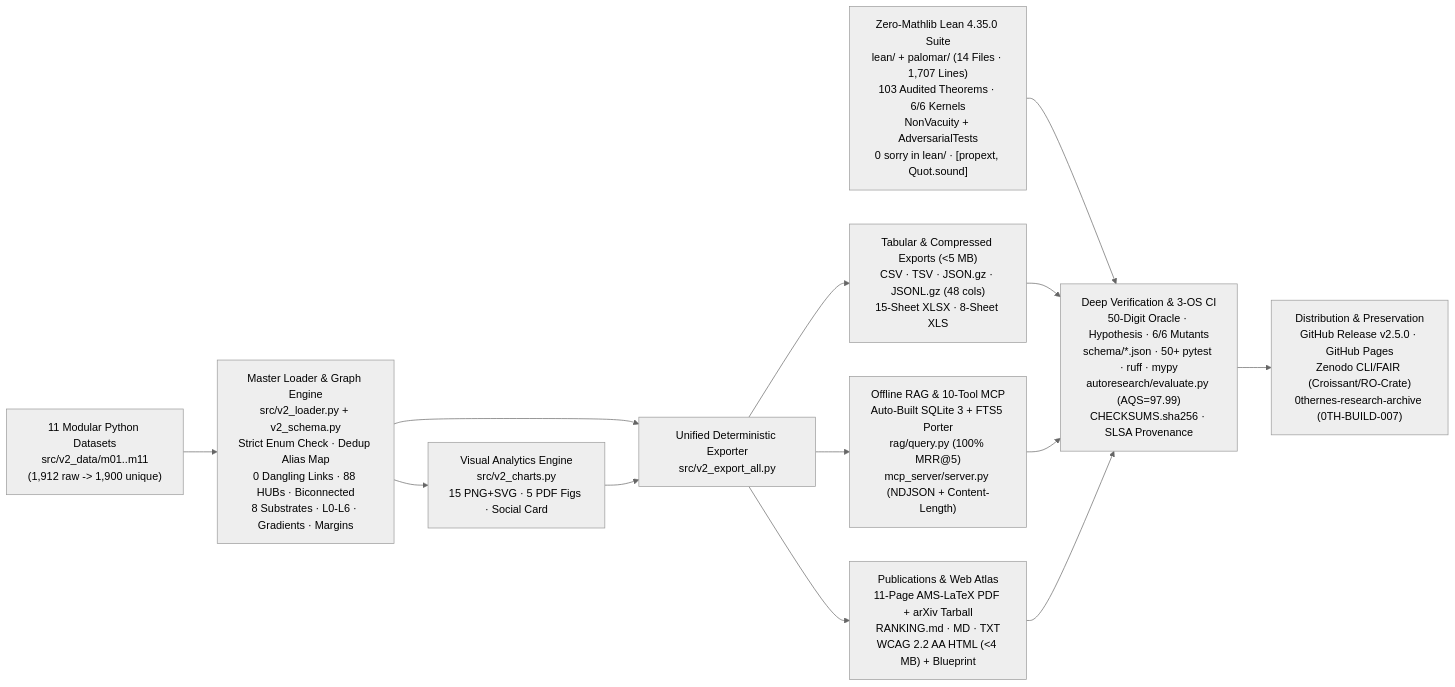
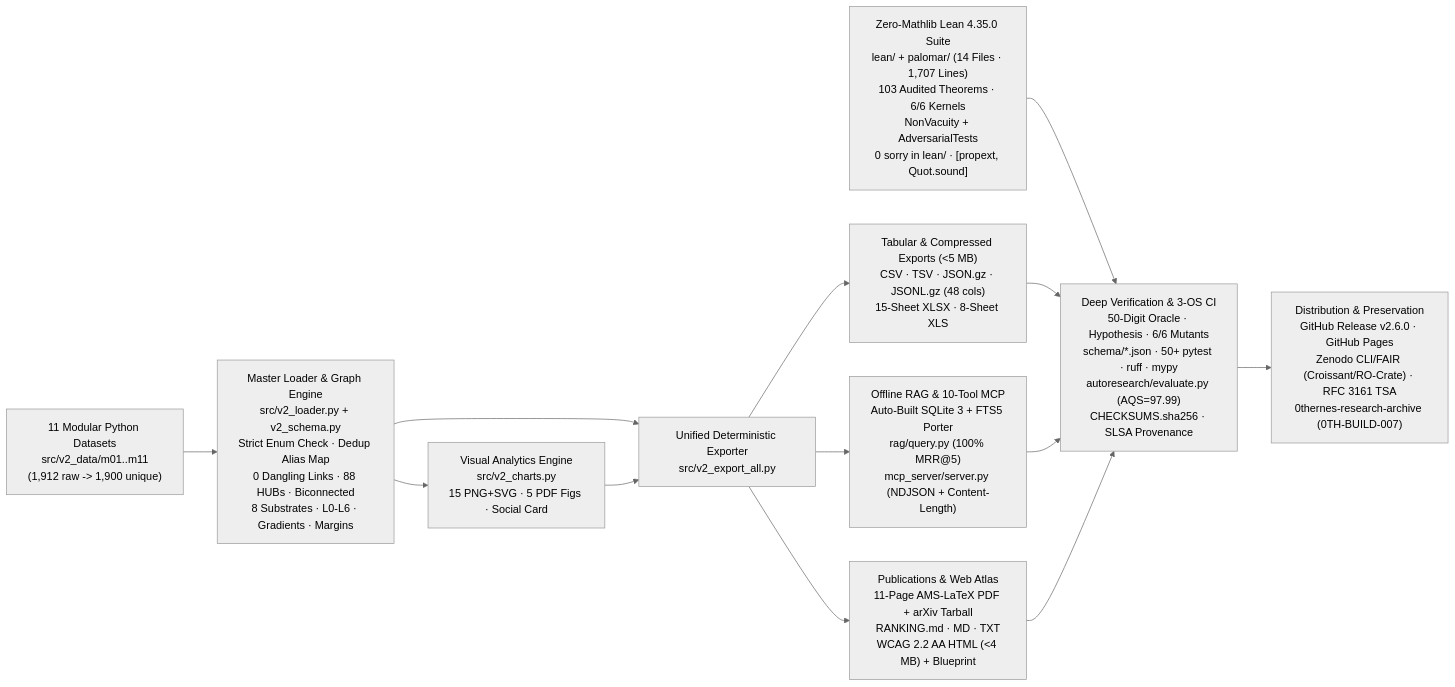
The diagram in ARCHITECTURE.md (0thernes/unsolved-problems-mega-atlas), drawn with Mermaid (neutral theme) before and after one commit. The commit also changed other lines of this file and 117 other files, not shown here.

Commit message:
release: v2.6.0 Round 3 3-cycle hardening, live negative Lean kernel, DigiCert RFC 3161 TSA & 12-entry archive audit

````diff
--- a/ARCHITECTURE.md
+++ b/ARCHITECTURE.md
@@ -5,15 +5,15 @@
 ```mermaid
 flowchart LR
     A["11 Modular Python Datasets\nsrc/v2_data/m01..m11\n(1,912 raw -> 1,900 unique)"] --> B["Master Loader & Graph Engine\nsrc/v2_loader.py + v2_schema.py\nStrict Enum Check · Dedup Alias Map\n0 Dangling Links · 88 HUBs · Biconnected\n8 Substrates · L0-L6 · Gradients · Margins"]
     B --> C["Visual Analytics Engine\nsrc/v2_charts.py\n15 PNG+SVG · 5 PDF Figs · Social Card"]
     B --> D["Unified Deterministic Exporter\nsrc/v2_export_all.py"]
     C --> D
     D --> E1["Tabular & Compressed Exports (<5 MB)\nCSV · TSV · JSON.gz · JSONL.gz (48 cols)\n15-Sheet XLSX · 8-Sheet XLS"]
     D --> E2["Offline RAG & 10-Tool MCP\nAuto-Built SQLite 3 + FTS5 Porter\nrag/query.py (100% MRR@5)\nmcp_server/server.py (NDJSON + Content-Length)"]
     D --> E3["Publications & Web Atlas\n11-Page AMS-LaTeX PDF + arXiv Tarball\nRANKING.md · MD · TXT\nWCAG 2.2 AA HTML (<4 MB) + Blueprint"]
     F["Zero-Mathlib Lean 4.35.0 Suite\nlean/ + palomar/ (14 Files · 1,707 Lines)\n103 Audited Theorems · 6/6 Kernels\nNonVacuity + AdversarialTests\n0 sorry in lean/ · [propext, Quot.sound]"] --> G["Deep Verification & 3-OS CI\n50-Digit Oracle · Hypothesis · 6/6 Mutants\nschema/*.json · 50+ pytest · ruff · mypy\nautoresearch/evaluate.py (AQS=97.99)\nCHECKSUMS.sha256 · SLSA Provenance"]
     E1 --> G
     E2 --> G
     E3 --> G
-    G --> H["Distribution & Preservation\nGitHub Release v2.5.0 · GitHub Pages\nZenodo CLI/FAIR (Croissant/RO-Crate)\n0thernes-research-archive (0TH-BUILD-007)"]
+    G --> H["Distribution & Preservation\nGitHub Release v2.6.0 · GitHub Pages\nZenodo CLI/FAIR (Croissant/RO-Crate) · RFC 3161 TSA\n0thernes-research-archive (0TH-BUILD-007)"]
 ```
````
